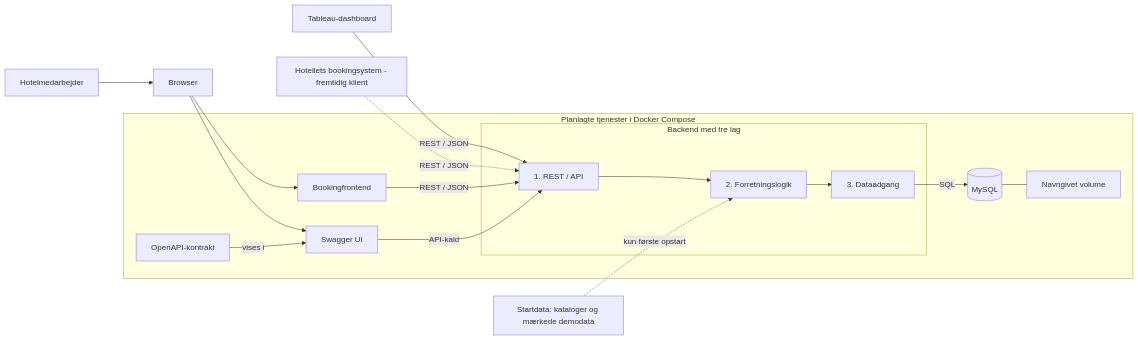
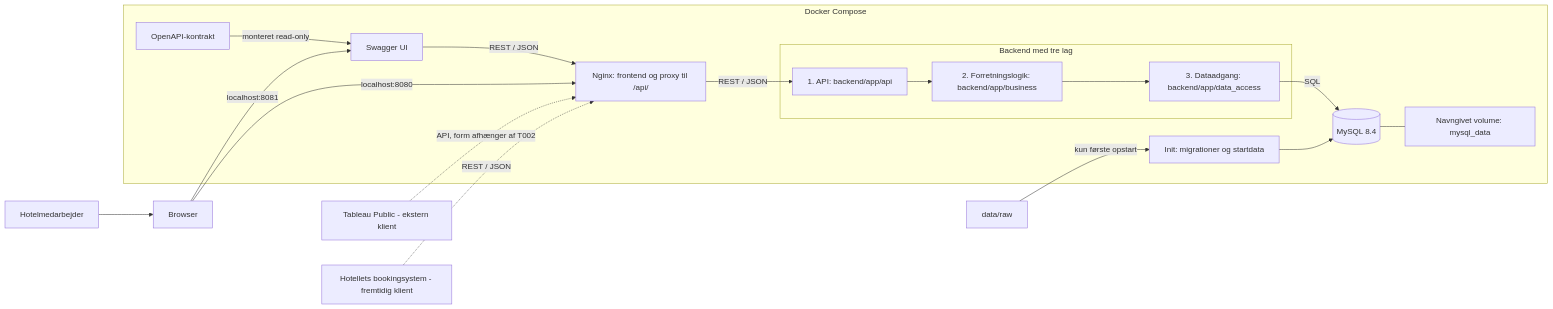
Before and after one commit to gume0002/TvaerfagligtNo1: the diagram in README.md, drawn with Mermaid. The commit also changed other lines of this file and 3 other files, not shown here.

````diff
--- a/README.md
+++ b/README.md
@@ -32,20 +58,23 @@
 ```mermaid
 flowchart LR
   Medarbejder[Hotelmedarbejder] --> Browser[Browser]
-  Browser --> Frontend[Bookingfrontend]
-  Browser --> Swagger[Swagger UI]
-  Tableau[Tableau-dashboard] -->|REST / JSON| API
-  Hotel[Hotellets bookingsystem - fremtidig klient] -.->|REST / JSON| API
-  subgraph Docker[Planlagte tjenester i Docker Compose]
-    Frontend -->|REST / JSON| API
-    Swagger -->|API-kald| API
-    Kontrakt[OpenAPI-kontrakt] -->|vises i| Swagger
+  Browser -->|localhost:8080| Nginx
+  Browser -->|localhost:8081| Swagger
+  Tableau[Tableau Public - ekstern klient] -.->|API, form afhænger af T002| Nginx
+  Hotel[Hotellets bookingsystem - fremtidig klient] -.->|REST / JSON| Nginx
+  subgraph Docker[Docker Compose]
+    Nginx[Nginx: frontend og proxy til /api/]
+    Swagger[Swagger UI]
+    Kontrakt[OpenAPI-kontrakt] -->|monteret read-only| Swagger
+    Swagger -->|REST / JSON| Nginx
+    Nginx -->|REST / JSON| API
     subgraph Backend[Backend med tre lag]
-      API[1. REST / API] --> Logik[2. Forretningslogik]
-      Logik --> Data[3. Dataadgang]
+      API[1. API: backend/app/api] --> Logik[2. Forretningslogik: backend/app/business]
+      Logik --> Data[3. Dataadgang: backend/app/data_access]
     end
-    Data -->|SQL| DB[(MySQL)]
-    DB --- Volume[Navngivet volume]
+    Data -->|SQL| DB[(MySQL 8.4)]
+    DB --- Volume[Navngivet volume: mysql_data]
+    Init[Init: migrationer og startdata] --> DB
   end
-  Startdata[Startdata: kataloger og mærkede demodata] -.->|kun første opstart| Logik
+  Raadata[data/raw] -->|kun første opstart| Init
 ```
````
